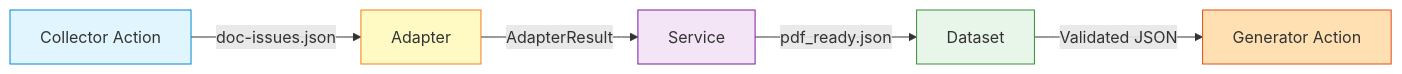
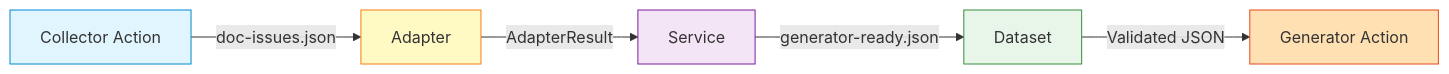
One commit to AbsaOSS/living-doc-toolkit changed the first of 11 diagrams in docs/architecture.md. Above: the diagram before and after it, drawn with Mermaid. The commit also changed other lines of this file and 63 other files, not shown here.

First line of the commit message:
#60: Rename canonical artifact/schema/package to generator-ready (#66)

````diff
--- a/docs/architecture.md
+++ b/docs/architecture.md
@@ -36,13 +36,13 @@
 ```mermaid
 graph LR
     A[Collector Action] -->|doc-issues.json| B[Adapter]
     B -->|AdapterResult| C[Service]
-    C -->|pdf_ready.json| D[Dataset]
+    C -->|generator-ready.json| D[Dataset]
     D -->|Validated JSON| E[Generator Action]
     
     style A fill:#e1f5ff,stroke:#0288d1
     style B fill:#fff9c4,stroke:#f57f17
     style C fill:#f3e5f5,stroke:#7b1fa2
     style D fill:#e8f5e9,stroke:#388e3c
     style E fill:#ffe0b2,stroke:#e64a19
 ```
````
